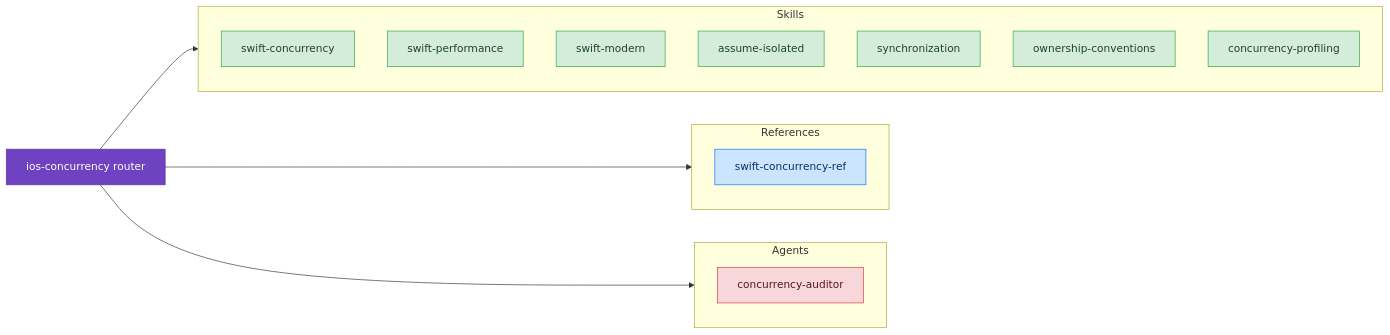
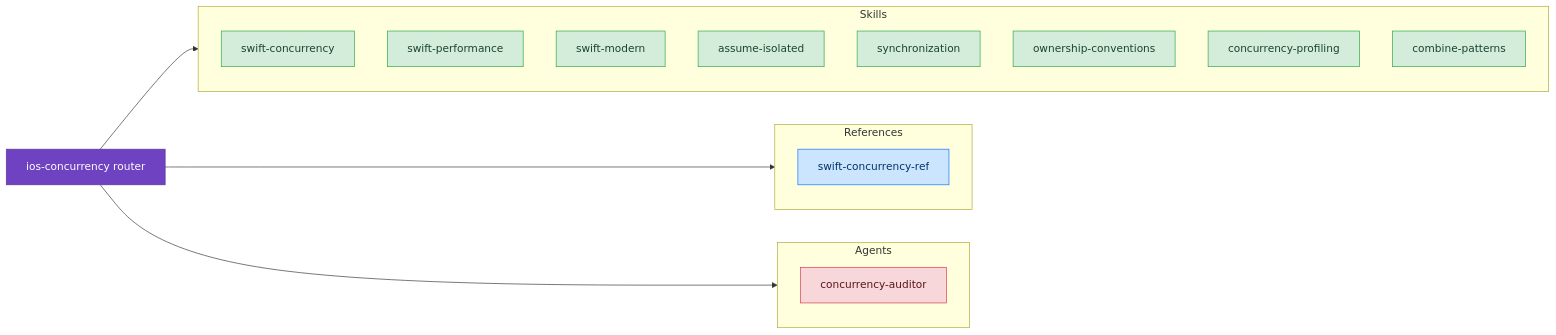
Before and after one commit to CharlesWiltgen/Axiom: the diagram in docs/skills/concurrency/index.md, drawn with Mermaid. The commit also changed other lines of this file and 12 other files, not shown here.

First line of the commit message:
feat: add Combine patterns skill with TDD validation (A-)

````diff
--- a/docs/skills/concurrency/index.md
+++ b/docs/skills/concurrency/index.md
@@ -5,30 +5,31 @@
 ```mermaid
 flowchart LR
     classDef router fill:#6f42c1,stroke:#5a32a3,color:#fff
     classDef discipline fill:#d4edda,stroke:#28a745,color:#1b4332
     classDef reference fill:#cce5ff,stroke:#0d6efd,color:#003366
     classDef agent fill:#f8d7da,stroke:#dc3545,color:#58151c
 
     axiom_ios_concurrency["ios-concurrency router"]:::router
 
     subgraph skills_d["Skills"]
         swift_concurrency["swift-concurrency"]:::discipline
         swift_performance["swift-performance"]:::discipline
         swift_modern["swift-modern"]:::discipline
         assume_isolated["assume-isolated"]:::discipline
         synchronization["synchronization"]:::discipline
         ownership_conventions["ownership-conventions"]:::discipline
         concurrency_profiling["concurrency-profiling"]:::discipline
+        combine_patterns["combine-patterns"]:::discipline
     end
     axiom_ios_concurrency --> skills_d
 
     subgraph skills_r["References"]
         swift_concurrency_ref["swift-concurrency-ref"]:::reference
     end
     axiom_ios_concurrency --> skills_r
 
     subgraph agents_sg["Agents"]
         agent_ca["concurrency-auditor"]:::agent
     end
     axiom_ios_concurrency --> agents_sg
 ```
````
